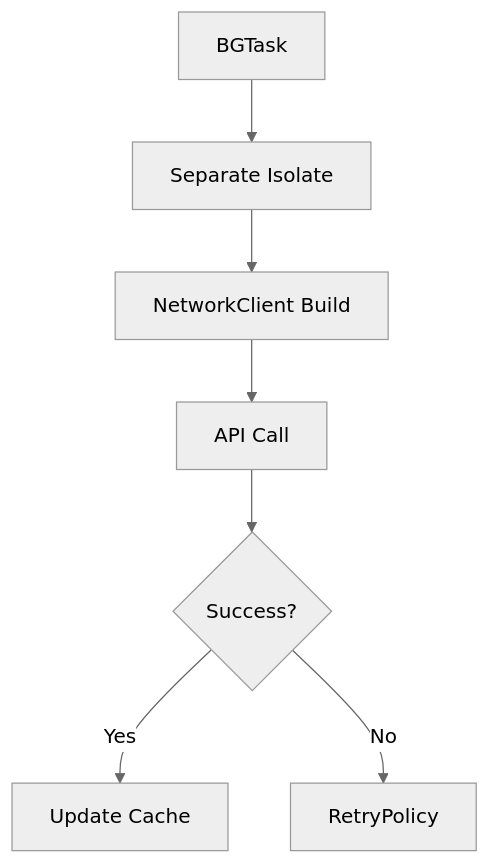
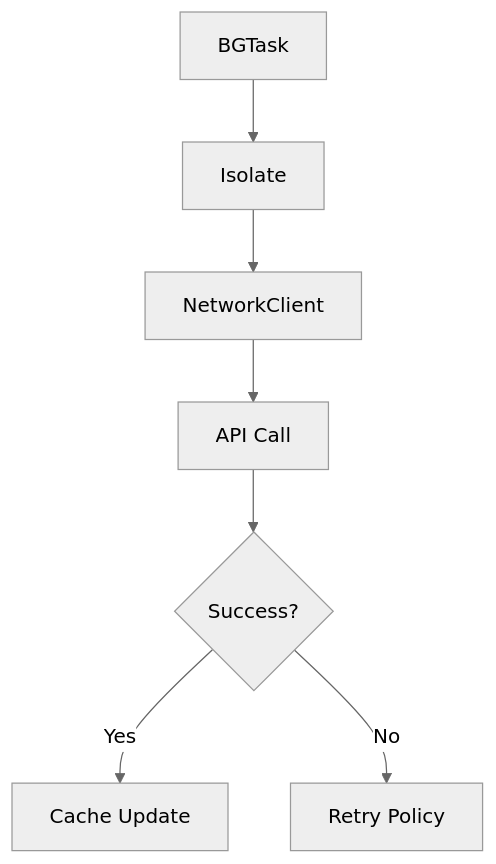
The fifth of 5 diagrams in lib/core/network/document.md (dokimiki/passpal), drawn with Mermaid (neutral theme) before and after one commit. The commit also changed other lines of this file and 1 other file, not shown here.

````diff
--- a/lib/core/network/document.md
+++ b/lib/core/network/document.md
@@ -153,9 +156,9 @@
 ```mermaid
 flowchart TD
-    A[BGTask] --> B[Separate Isolate]
-    B --> C[NetworkClient Build]
+    A[BGTask] --> B[Isolate]
+    B --> C[NetworkClient]
     C --> D[API Call]
     D --> E{Success?}
-    E -->|Yes| F[Update Cache]
-    E -->|No| G[RetryPolicy]
+    E -->|Yes| F[Cache Update]
+    E -->|No| G[Retry Policy]
 ```
````
